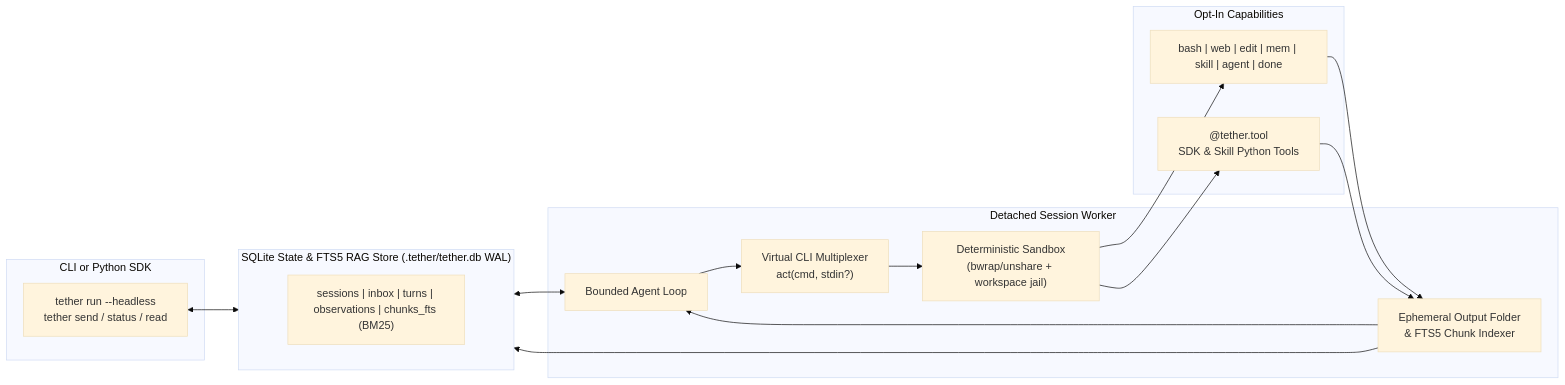
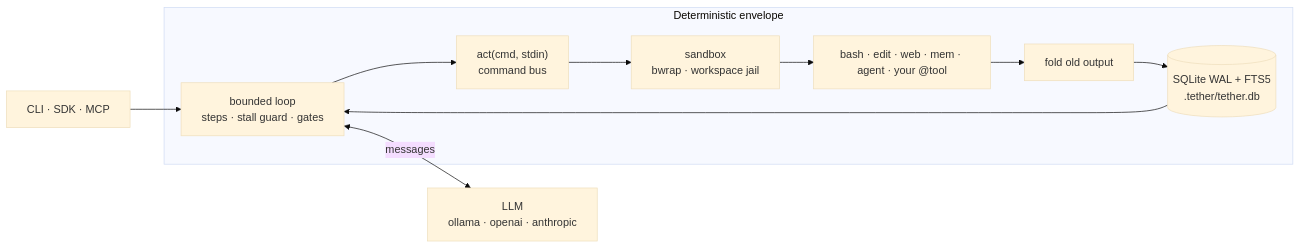
The diagram in README.md (igormcsouza/tether), drawn with Mermaid (base theme) before and after one commit. The commit also changed other lines of this file and 2 other files, not shown here.

````diff
--- a/README.md
+++ b/README.md
@@ -50,33 +40,13 @@
 ```mermaid
 flowchart LR
-    subgraph Client["CLI or Python SDK"]
-        Headless["tether run --headless\ntether send / status / read"]
+    You["CLI · SDK · MCP"] --> Loop
+    subgraph Envelope["Deterministic envelope"]
+        Loop["bounded loop<br/>steps · stall guard · gates"] --> Mux["act(cmd, stdin)<br/>command bus"]
+        Mux --> Sand["sandbox<br/>bwrap · workspace jail"]
+        Sand --> Tools["bash · edit · web · mem · agent · your @tool"]
+        Tools --> Fold["fold old output"]
+        Fold --> DB[("SQLite WAL + FTS5<br/>.tether/tether.db")]
+        DB --> Loop
     end
-
-    subgraph DB["SQLite State & FTS5 RAG Store (.tether/tether.db WAL)"]
-        Sessions["sessions | inbox | turns | observations | chunks_fts (BM25)"]
-    end
-
-    subgraph Worker["Detached Session Worker"]
-        Loop["Bounded Agent Loop"]
-        Mux["Virtual CLI Multiplexer\nact(cmd, stdin?)"]
-        Sandbox["Deterministic Sandbox\n(bwrap/unshare + workspace jail)"]
-        Folder["Ephemeral Output Folder\n& FTS5 Chunk Indexer"]
-    end
-
-    subgraph Tools["Opt-In Capabilities"]
-        Builtins["bash | web | edit | mem | skill | agent | done"]
-        Custom["@tether.tool\nSDK & Skill Python Tools"]
-    end
-
-    Headless <--> DB
-    DB <--> Loop
-    Loop --> Mux
-    Mux --> Sandbox
-    Sandbox --> Builtins
-    Sandbox --> Custom
-    Builtins --> Folder
-    Custom --> Folder
-    Folder --> DB
-    Folder --> Loop
+    Loop <-->|"messages"| Model["LLM<br/>ollama · openai · anthropic"]
 ```
````
